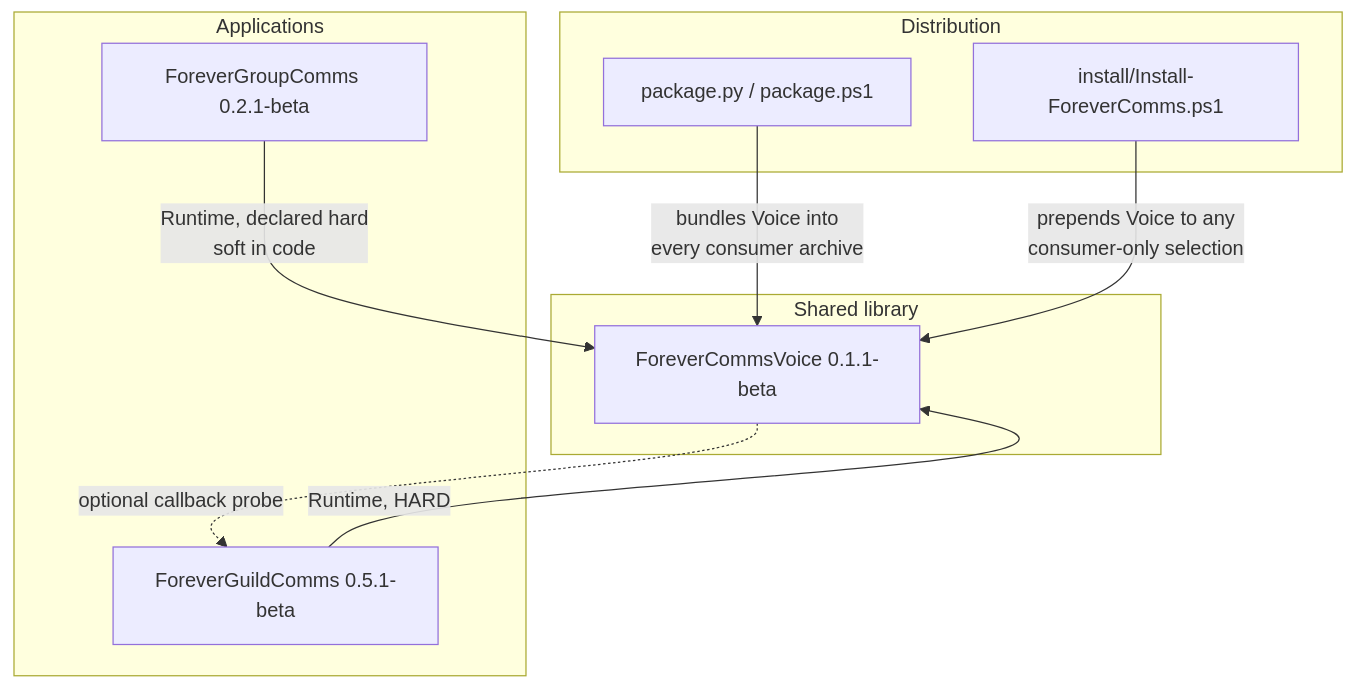
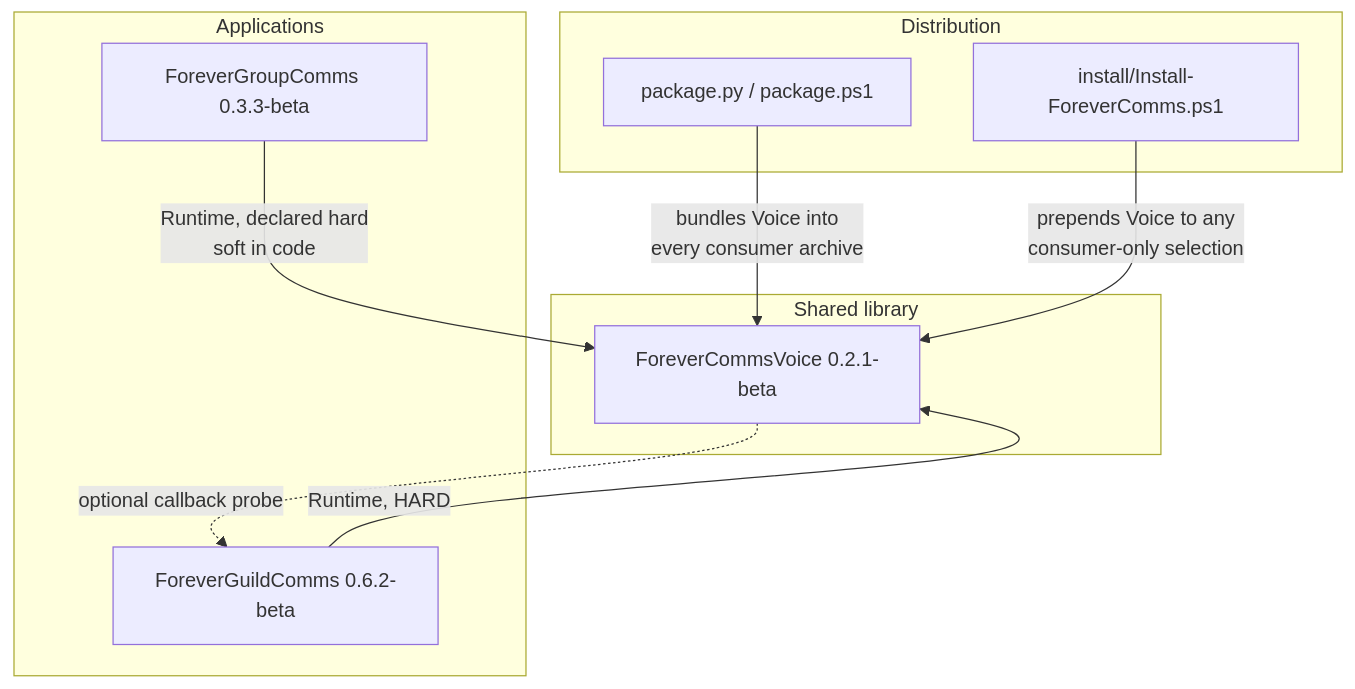
One commit to mreillyorg/ForeverCommsBundle changed the diagram in aidlc-docs/inception/reverse-engineering/dependencies.md. Above: the diagram before and after it, drawn with Mermaid. The commit also changed other lines of this file and 50 other files, not shown here.

````diff
--- a/aidlc-docs/inception/reverse-engineering/dependencies.md
+++ b/aidlc-docs/inception/reverse-engineering/dependencies.md
@@ -8,20 +8,20 @@
 ```mermaid
 flowchart TB
     subgraph Shared["Shared library"]
-        Voice["ForeverCommsVoice 0.1.1-beta"]
+        Voice["ForeverCommsVoice 0.2.1-beta"]
     end
     subgraph Apps["Applications"]
-        Guild["ForeverGuildComms 0.5.1-beta"]
-        Group["ForeverGroupComms 0.2.1-beta"]
+        Guild["ForeverGuildComms 0.6.2-beta"]
+        Group["ForeverGroupComms 0.3.3-beta"]
     end
     subgraph Dist["Distribution"]
         Builders["package.py / package.ps1"]
         Installer["install/Install-ForeverComms.ps1"]
     end
 
     Guild -->|"Runtime, HARD"| Voice
     Group -->|"Runtime, declared hard<br/>soft in code"| Voice
     Voice -.->|"optional callback probe"| Guild
     Builders -->|"bundles Voice into<br/>every consumer archive"| Voice
     Installer -->|"prepends Voice to any<br/>consumer-only selection"| Voice
 ```
````
